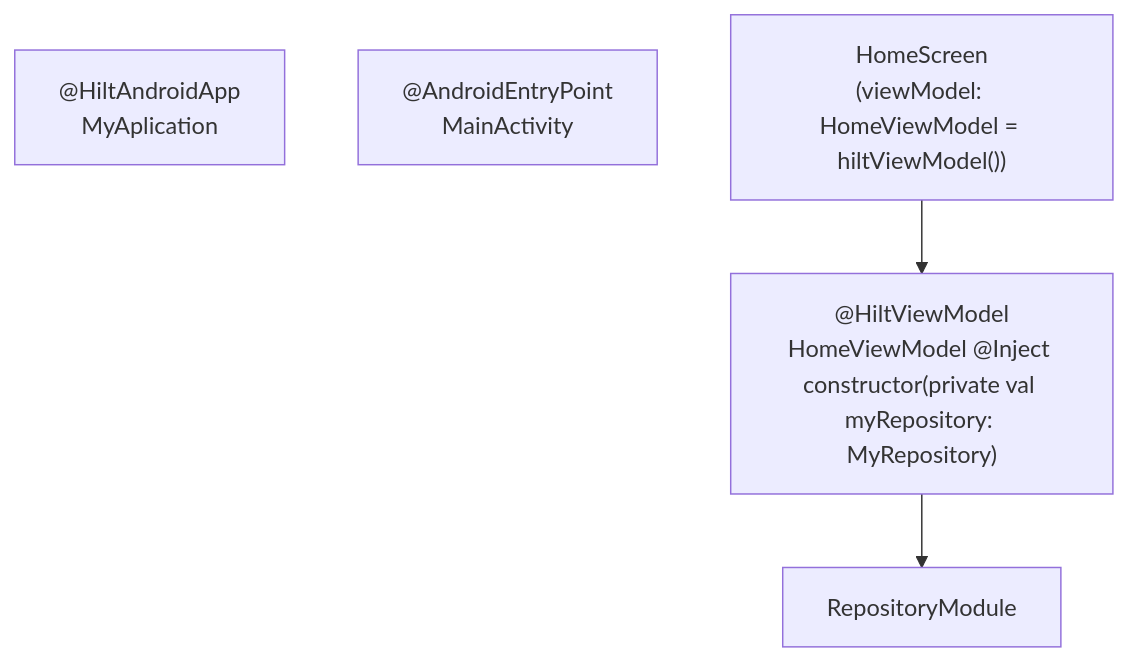
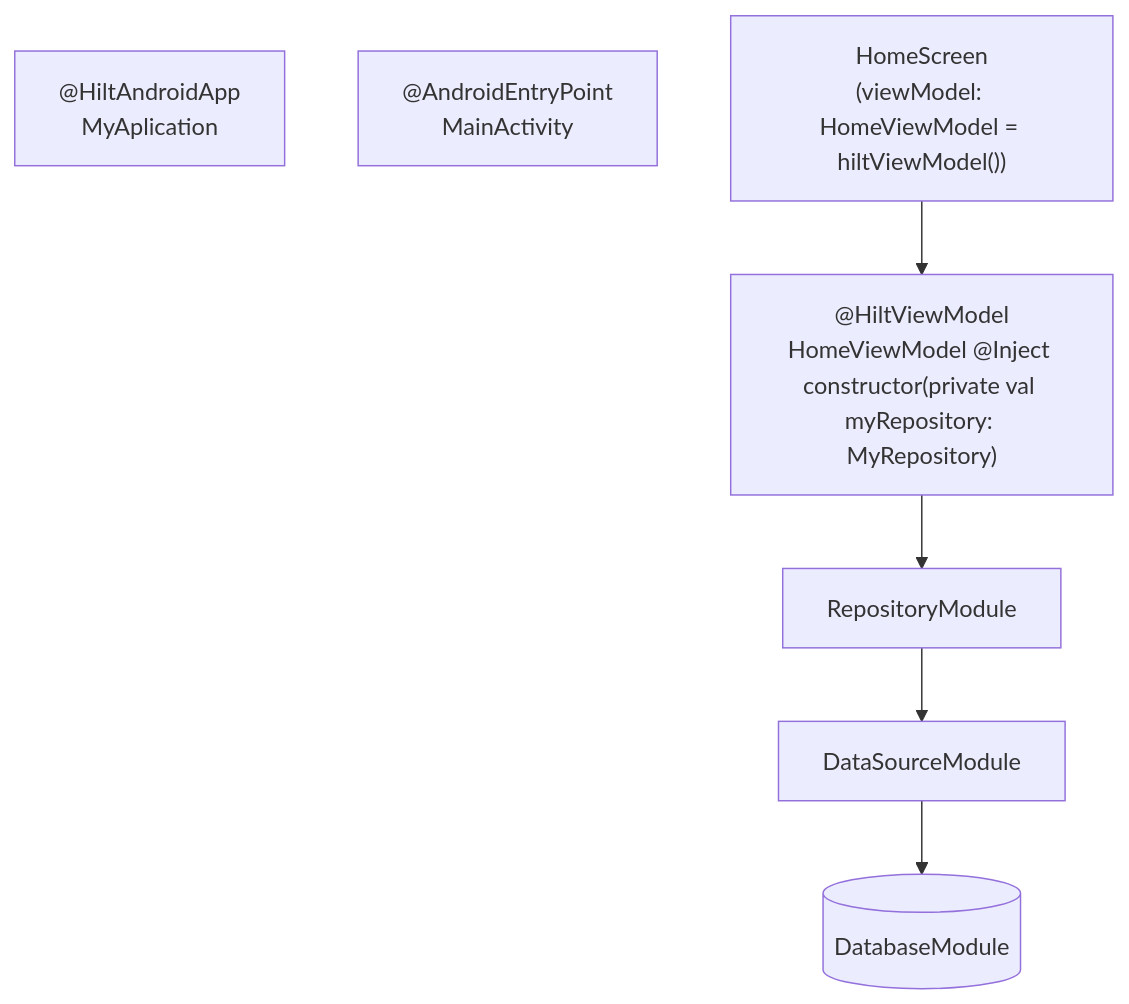
The diagram in Android/DI/Hilt/HiltComposeExample.md (Ango1eiro/MySnippets), drawn with Mermaid before and after one commit.

````diff
--- a/Android/DI/Hilt/HiltComposeExample.md
+++ b/Android/DI/Hilt/HiltComposeExample.md
@@ -3,12 +3,13 @@
 ```mermaid
 
 
 
 graph TD;
     MyApplication["@HiltAndroidApp<br>MyAplication"];
     MainActivity["@AndroidEntryPoint<br>MainActivity"];
     HomeScreen["HomeScreen<br>(viewModel: HomeViewModel = hiltViewModel())"]-->HomeViewModel;
     HomeViewModel["@HiltViewModel<br>HomeViewModel @Inject constructor(private val myRepository: MyRepository)"]-->RepositoryModule;
-    
+    RepositoryModule-->DataSourceModule;
+    DataSourceModule-->DatabaseModule[(DatabaseModule)];
 
 ```
````
